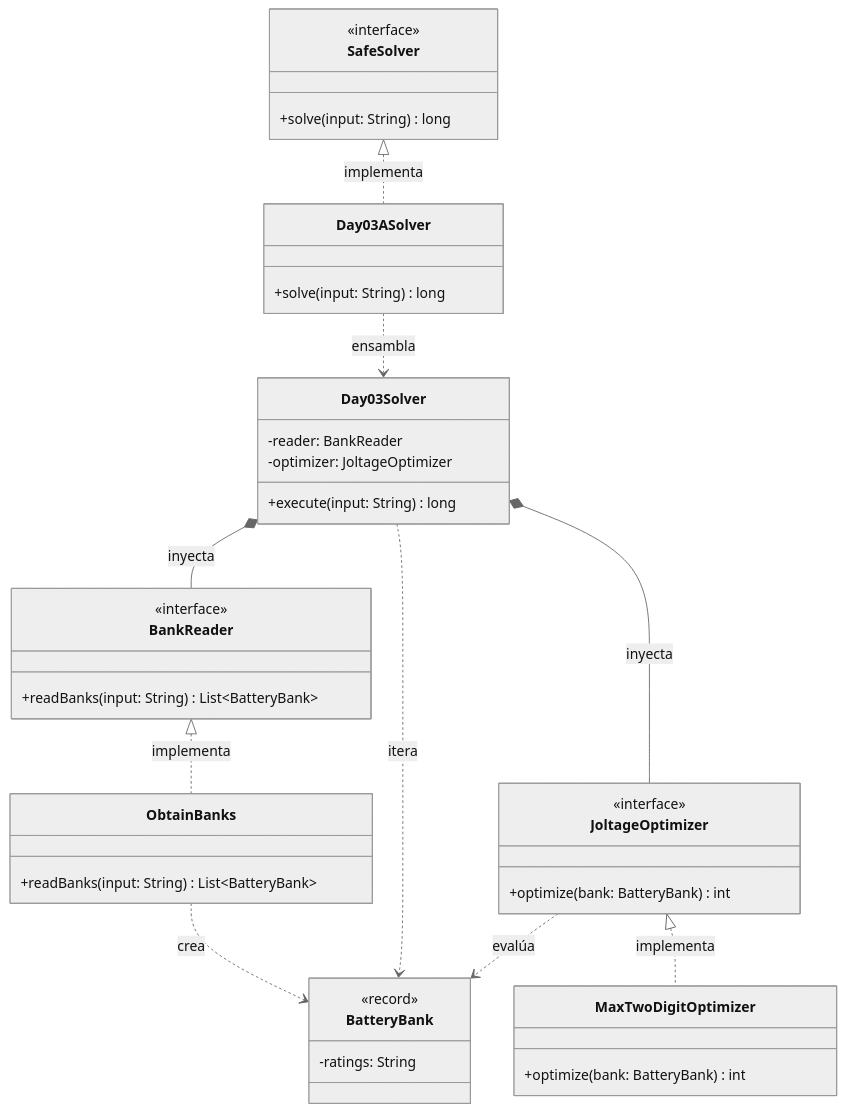
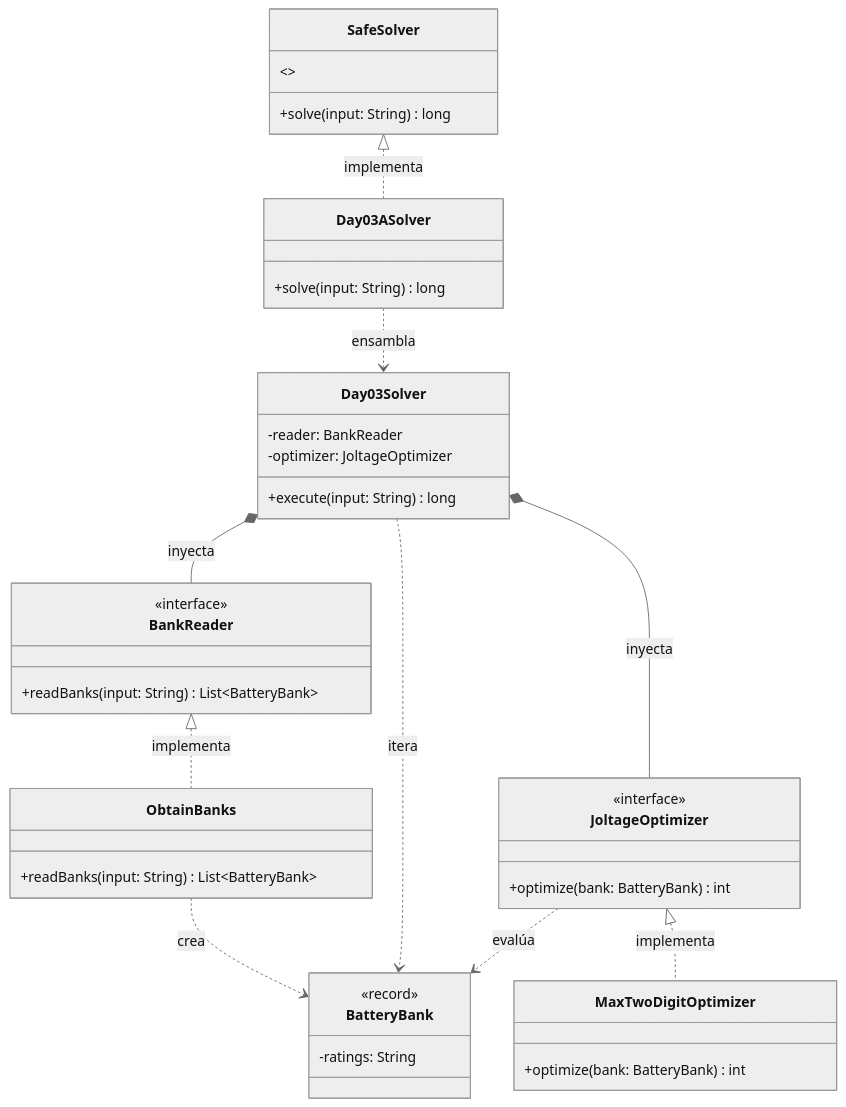
One commit to ivanperezdiaz829/AoC2025 changed the diagram in src/main/java/software/aoc/day03/README.md. Above: the diagram before and after it, drawn with Mermaid (neutral theme).

Commit message:
fix(README): Day03 README visual problem solved

````diff
--- a/src/main/java/software/aoc/day03/README.md
+++ b/src/main/java/software/aoc/day03/README.md
@@ -36,55 +36,55 @@
 ```mermaid
 classDiagram
     class SafeSolver {
-        <<interface>>
+        <>
         +solve(input: String) long
     }
 
     class Day03ASolver {
         +solve(input: String) long
     }
 
     class Day03Solver {
         -reader: BankReader
         -optimizer: JoltageOptimizer
         +execute(input: String) long
     }
 
     class BatteryBank {
         <<record>>
         -ratings: String
     }
 
     class BankReader {
         <<interface>>
         +readBanks(input: String) List~BatteryBank~
     }
 
     class ObtainBanks {
         +readBanks(input: String) List~BatteryBank~
     }
 
     class JoltageOptimizer {
         <<interface>>
         +optimize(bank: BatteryBank) int
     }
 
     class MaxTwoDigitOptimizer {
         +optimize(bank: BatteryBank) int
     }
 
     %% Relaciones de Implementación
     SafeSolver <|.. Day03ASolver : implementa
     BankReader <|.. ObtainBanks : implementa
     JoltageOptimizer <|.. MaxTwoDigitOptimizer : implementa
     
     %% Relaciones de Orquestación e Inyección
     Day03ASolver ..> Day03Solver : ensambla
     Day03Solver *-- BankReader : inyecta
     Day03Solver *-- JoltageOptimizer : inyecta
     
     %% Dependencias de Dominio
     ObtainBanks ..> BatteryBank : crea
     Day03Solver ..> BatteryBank : itera
     JoltageOptimizer ..> BatteryBank : evalúa
 ```
````
